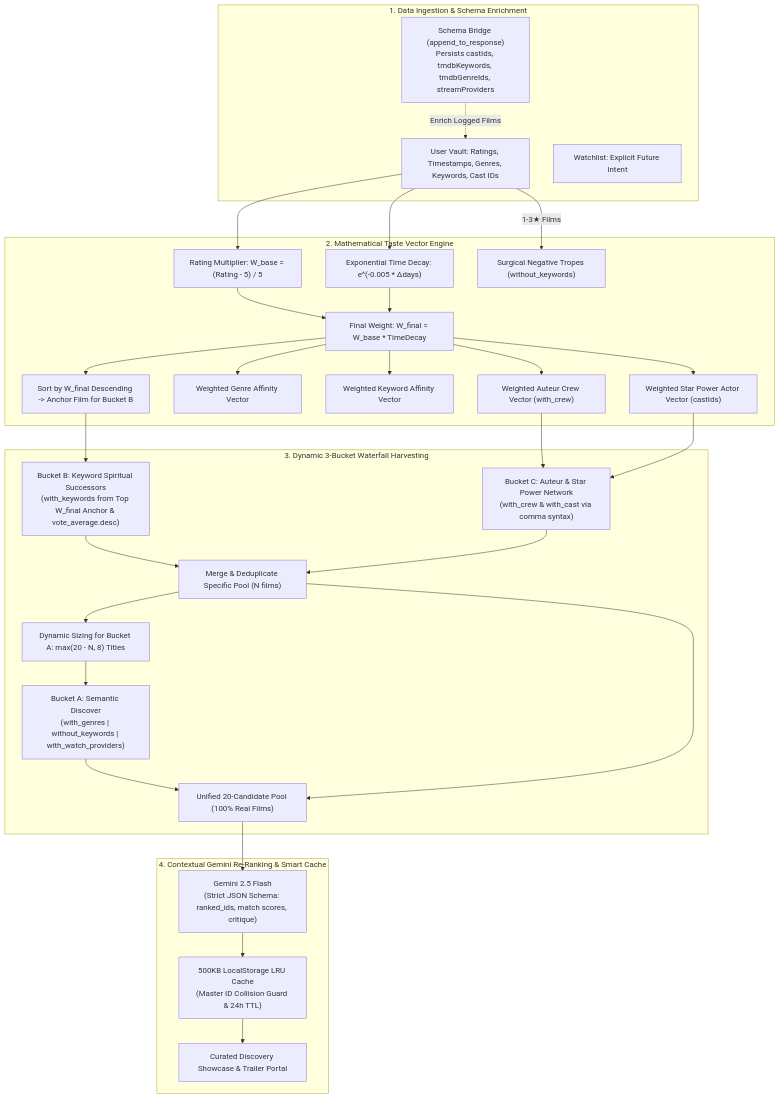
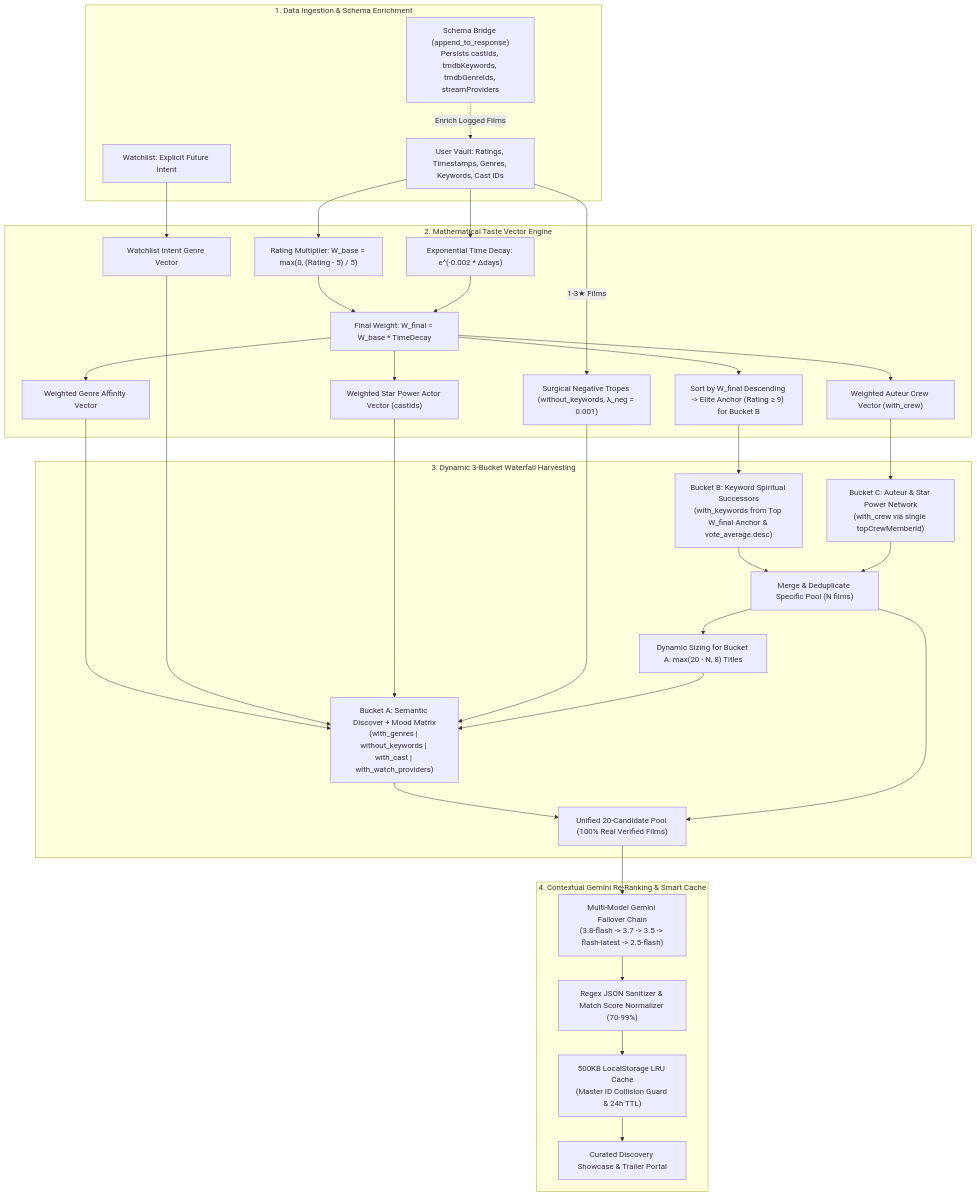
Before and after one commit to khuzaima175/React-Movie-Original: the diagram in ARCHITECTURE.md, drawn with Mermaid. The commit also changed other lines of this file and 5 other files, not shown here.

Commit message:
feat(recommender,docs): fix providerMatch on discover buckets, enrich UI feedback, and update ARCHITECTURE.md to v4.0

````diff
--- a/ARCHITECTURE.md
+++ b/ARCHITECTURE.md
@@ -42,44 +44,45 @@
 ```mermaid
 flowchart TD
     subgraph Phase1 ["1. Data Ingestion & Schema Enrichment"]
         V["User Vault: Ratings, Timestamps, Genres, Keywords, Cast IDs"]
         W["Watchlist: Explicit Future Intent"]
         SB["Schema Bridge (append_to_response)\nPersists castIds, tmdbKeywords, tmdbGenreIds, streamProviders"] -.->|Enrich Logged Films| V
     end
 
     subgraph Phase2 ["2. Mathematical Taste Vector Engine"]
-        V --> W_CALC["Rating Multiplier: W_base = (Rating - 5) / 5"]
-        V --> T_CALC["Exponential Time Decay: e^(-0.005 * Δdays)"]
+        V --> W_CALC["Rating Multiplier: W_base = max(0, (Rating - 5) / 5)"]
+        V --> T_CALC["Exponential Time Decay: e^(-0.002 * Δdays)"]
         W_CALC --> FINAL_W["Final Weight: W_final = W_base * TimeDecay"]
         T_CALC --> FINAL_W
 
-        FINAL_W --> ANCHOR["Sort by W_final Descending -> Anchor Film for Bucket B"]
+        FINAL_W --> ANCHOR["Sort by W_final Descending -> Elite Anchor (Rating ≥ 9) for Bucket B"]
         FINAL_W --> GENRE_V["Weighted Genre Affinity Vector"]
-        FINAL_W --> KEYWORD_V["Weighted Keyword Affinity Vector"]
         FINAL_W --> CAST_V["Weighted Star Power Actor Vector (castIds)"]
         FINAL_W --> CREW_V["Weighted Auteur Crew Vector (with_crew)"]
+        W --> WATCH_V["Watchlist Intent Genre Vector"]
         
-        V -->|1-3★ Films| HATED_K["Surgical Negative Tropes (without_keywords)"]
+        V -->|1-3★ Films| HATED_K["Surgical Negative Tropes (without_keywords, λ_neg = 0.001)"]
     end
 
     subgraph Phase3 ["3. Dynamic 3-Bucket Waterfall Harvesting"]
         ANCHOR --> B2["Bucket B: Keyword Spiritual Successors\n(with_keywords from Top W_final Anchor & vote_average.desc)"]
-        CREW_V --> B3["Bucket C: Auteur & Star Power Network\n(with_crew & with_cast via comma syntax)"]
-        CAST_V --> B3
+        CREW_V --> B3["Bucket C: Auteur & Star Power Network\n(with_crew via single topCrewMemberId)"]
 
         B2 --> POOL_SPEC["Merge & Deduplicate Specific Pool (N films)"]
         B3 --> POOL_SPEC
 
         POOL_SPEC --> DYN["Dynamic Sizing for Bucket A: max(20 - N, 8) Titles"]
-        DYN --> B1["Bucket A: Semantic Discover\n(with_genres | without_keywords | with_watch_providers)"]
+        GENRE_V & WATCH_V & CAST_V & HATED_K --> B1
+        DYN --> B1["Bucket A: Semantic Discover + Mood Matrix\n(with_genres | without_keywords | with_cast | with_watch_providers)"]
 
-        B1 --> CP["Unified 20-Candidate Pool (100% Real Films)"]
+        B1 --> CP["Unified 20-Candidate Pool (100% Real Verified Films)"]
         POOL_SPEC --> CP
     end
 
     subgraph Phase4 ["4. Contextual Gemini Re-Ranking & Smart Cache"]
-        CP --> GEM["Gemini 2.5 Flash\n(Strict JSON Schema: ranked_ids, match scores, critique)"]
-        GEM --> CACHE["500KB LocalStorage LRU Cache\n(Master ID Collision Guard & 24h TTL)"]
+        CP --> GEM["Multi-Model Gemini Failover Chain\n(3.8-flash -> 3.7 -> 3.5 -> flash-latest -> 2.5-flash)"]
+        GEM --> NORM["Regex JSON Sanitizer & Match Score Normalizer (70-99%)"]
+        NORM --> CACHE["500KB LocalStorage LRU Cache\n(Master ID Collision Guard & 24h TTL)"]
         CACHE --> UI["Curated Discovery Showcase & Trailer Portal"]
     end
 ```
````
